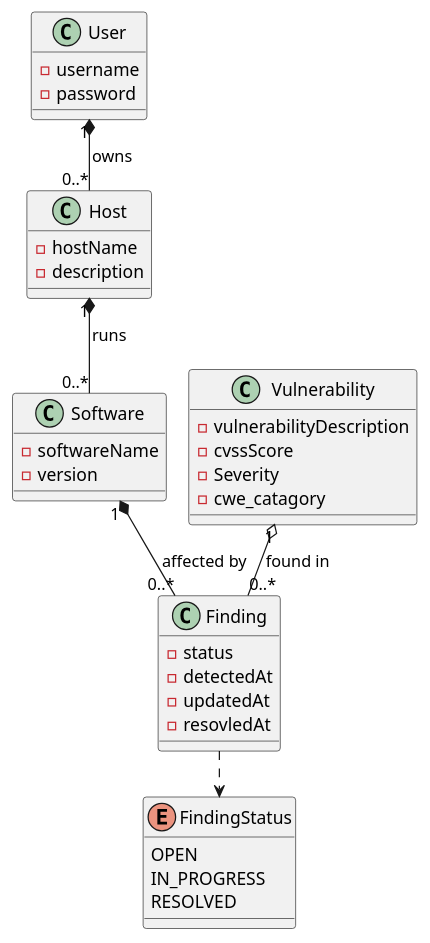
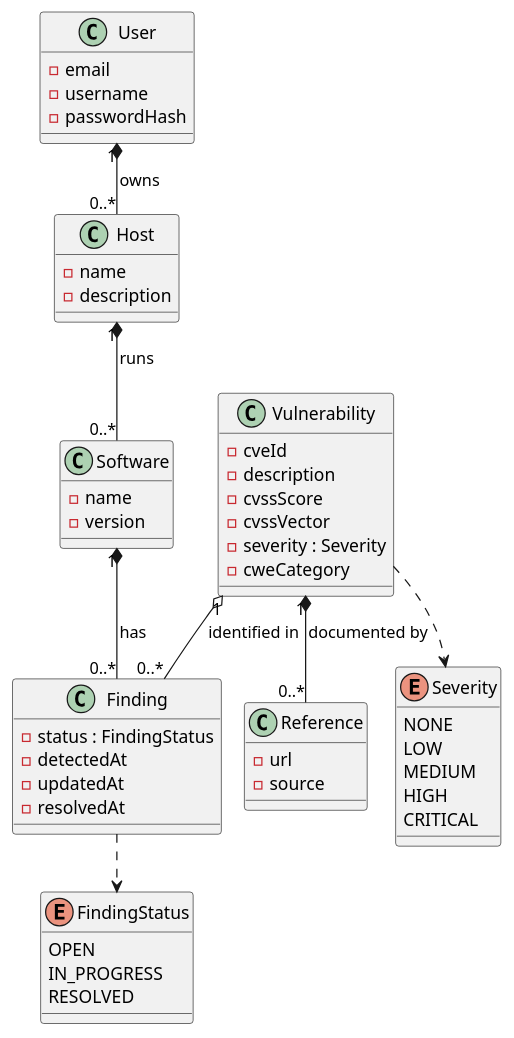
The diagram in docs/domainemodel/foredoomDomainemodel.puml (GladVillainy/ForeDoomWatch), drawn with PlantUML before and after one commit. The commit also changed 14 other files, not shown here.

```diff
--- a/docs/domainemodel/foredoomDomainemodel.puml
+++ b/docs/domainemodel/foredoomDomainemodel.puml
@@ -1,47 +1,67 @@
 @startuml
 !pragma layout smetana
 
-Class User{
-- username
-- password
+class User {
+  - email
+  - username
+  - passwordHash
 }
 
-Class Host{
-- hostName
-- description
+class Host {
+  - name
+  - description
 }
 
-Class Software{
-- softwareName
-- version
+class Software {
+  - name
+  - version
 }
 
-Class Finding{
-- status
-- detectedAt
-- updatedAt
-- resovledAt
+class Finding {
+  - status : FindingStatus
+  - detectedAt
+  - updatedAt
+  - resolvedAt
 }
 
-Class Vulnerability{
-- vulnerabilityDescription
-- cvssScore
-- Severity
-- cwe_catagory
+class Vulnerability {
+  - cveId
+  - description
+  - cvssScore
+  - cvssVector
+  - severity : Severity
+  - cweCategory
+}
+
+class Reference {
+  - url
+  - source
 }
 
 enum FindingStatus {
   OPEN
   IN_PROGRESS
   RESOLVED
 }
 
+enum Severity {
+  NONE
+  LOW
+  MEDIUM
+  HIGH
+  CRITICAL
+}
 
-User    "1" *-- "0..*" Host      : owns >
-Host   "1" *-- "0..*" Software   : runs >
-Software "1" *-- "0..*" Finding   : affected by >
-Vulnerability "1" o-- "0..*" Finding : found in >
-Finding ..> FindingStatus
+' --- Kompositioner  ---
+User          "1" *-- "0..*" Host          : owns >
+Host          "1" *-- "0..*" Software      : runs >
+Software      "1" *-- "0..*" Finding       : has >
+Vulnerability "1" *-- "0..*" Reference     : documented by >
 
+' --- Aggregering---
+Vulnerability "1" o-- "0..*" Finding        : identified in >
 
+' --- Dependencies  ---
+Finding       ..> FindingStatus
+Vulnerability ..> Severity
 @enduml
```
